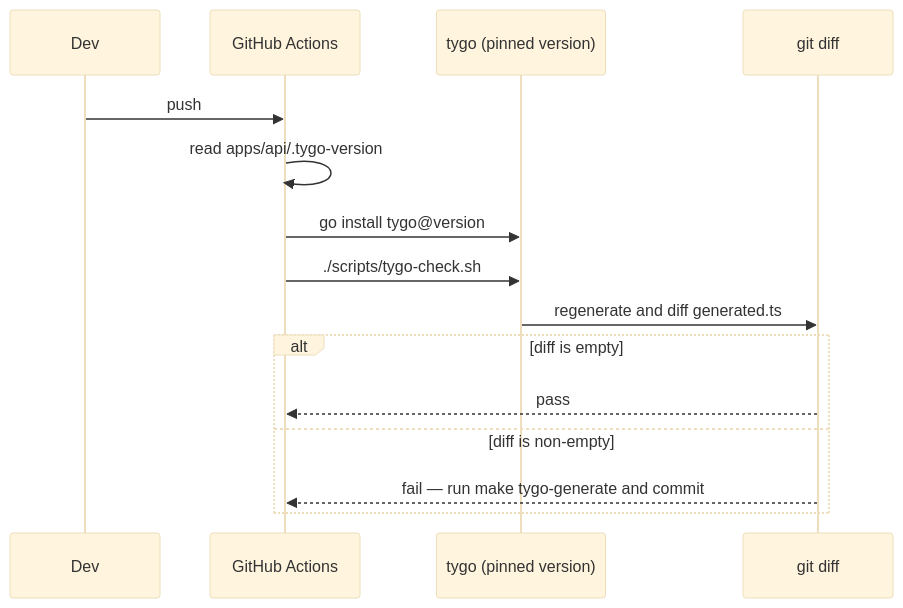
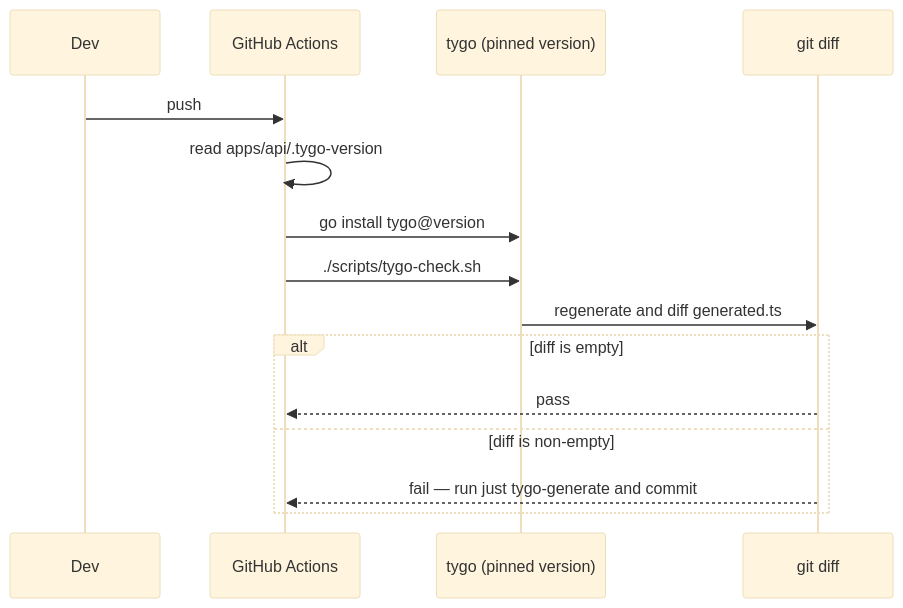
One commit to nonamecat19/job-finder changed the second of 3 diagrams in docs/docs/backend/dto-and-contracts.md. Above: the diagram before and after it, drawn with Mermaid (base theme). The commit also changed other lines of this file and 26 other files, not shown here.

````diff
--- a/docs/docs/backend/dto-and-contracts.md
+++ b/docs/docs/backend/dto-and-contracts.md
@@ -81,17 +81,17 @@
 ```mermaid
 sequenceDiagram
     participant Dev
     participant CI as GitHub Actions
     participant T as tygo (pinned version)
     participant G as git diff
     Dev->>CI: push
     CI->>CI: read apps/api/.tygo-version
     CI->>T: go install tygo@version
     CI->>T: ./scripts/tygo-check.sh
     T->>G: regenerate and diff generated.ts
     alt diff is empty
         G-->>CI: pass
     else diff is non-empty
-        G-->>CI: fail — run make tygo-generate and commit
+        G-->>CI: fail — run just tygo-generate and commit
     end
 ```
````
